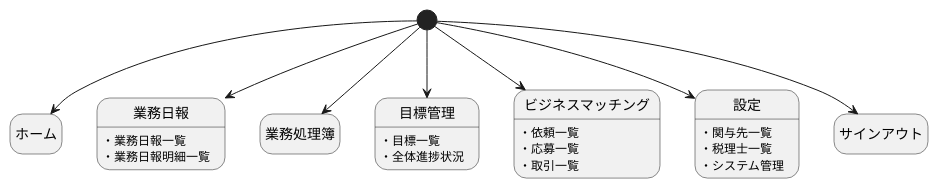
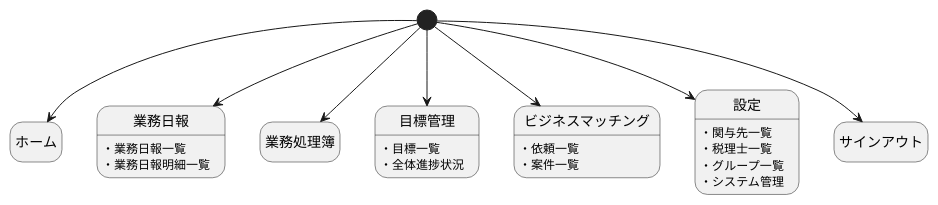
One commit to cedge1michi/tass_mock-frontend changed the diagram in docs/navigation.pu. Above: the diagram before and after it, drawn with PlantUML. The commit also changed 32 other files, not shown here.

```diff
--- a/docs/navigation.pu
+++ b/docs/navigation.pu
@@ -1,14 +1,14 @@
 @startuml ナビゲーション
 hide empty description
 [*] --> ホーム
 [*] --> 業務日報
 業務日報: ・業務日報一覧\n・業務日報明細一覧
 [*] --> 業務処理簿
 [*] --> 目標管理
 目標管理: ・目標一覧\n・全体進捗状況
 [*] --> ビジネスマッチング
-ビジネスマッチング: ・依頼一覧\n・応募一覧\n・取引一覧
+ビジネスマッチング: ・依頼一覧\n・案件一覧
 [*] --> 設定
-設定: ・関与先一覧\n・税理士一覧\n・システム管理
+設定: ・関与先一覧\n・税理士一覧\n・グループ一覧\n・システム管理
 [*] --> サインアウト
 @enduml
```
